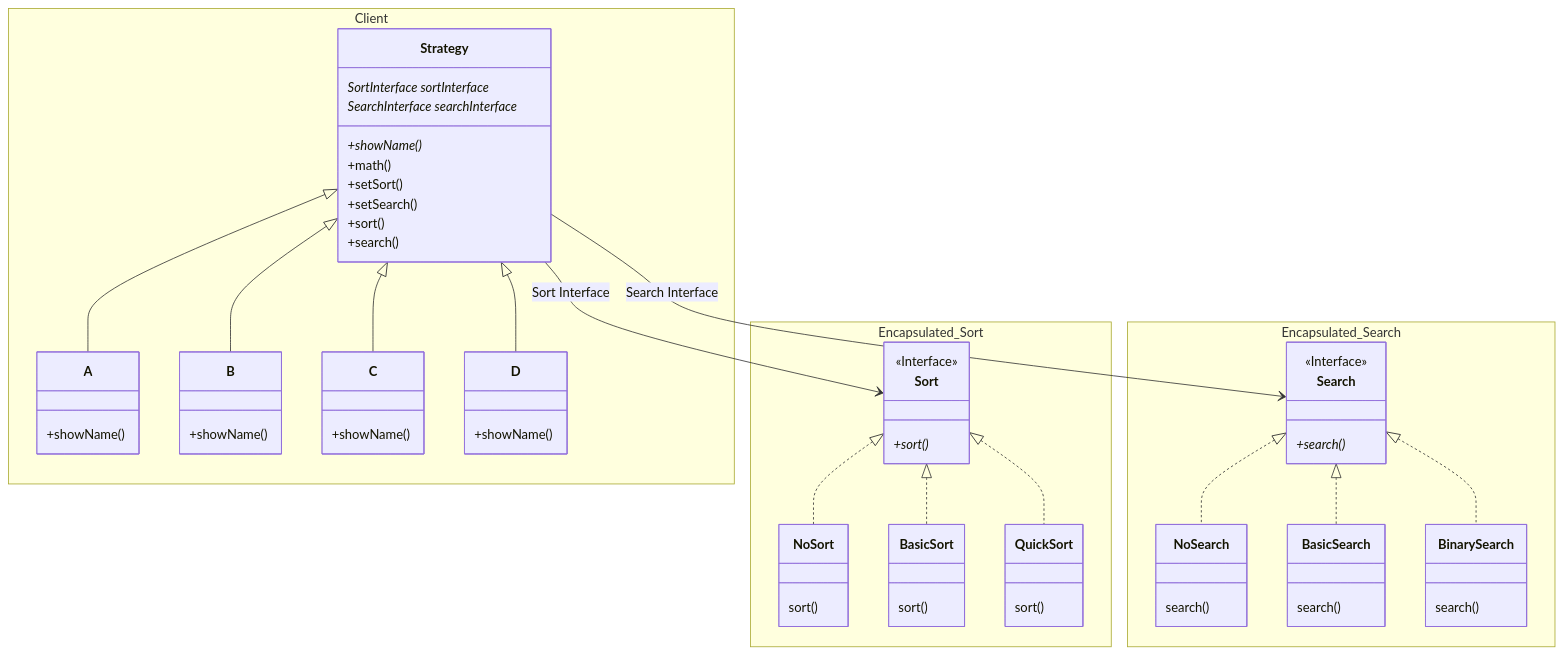
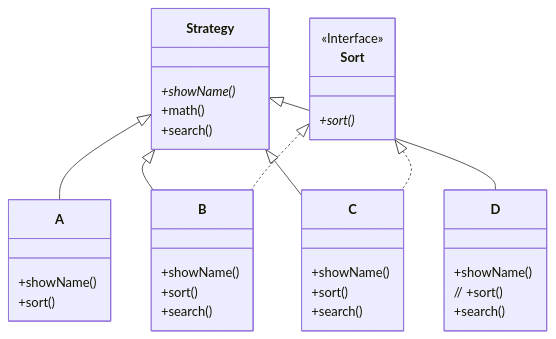
The diagram in classdiagram.md (bloodstrawberry2/new_repo), drawn with Mermaid before and after one commit.

````diff
--- a/classdiagram.md
+++ b/classdiagram.md
@@ -1,77 +1,41 @@
 ```mermaid
   classDiagram    
-    namespace Client {
-      class Strategy { 
-        SortInterface sortInterface*
-        SearchInterface searchInterface*
-        +showName()*
-        +math()
-        +setSort()
-        +setSearch()
-        +sort()
-        +search()
-      }
-      class A { 
-        +showName()
-      }
-      class B { 
-        +showName()
-      }
-      class C { 
-        +showName()
-      }
-      class D { 
-        +showName()
-      }
+    class Strategy { 
+      +showName()*
+      +math()
+      +search()
     }
-    namespace Encapsulated_Sort {
-      class Sort {
-        +sort()*
-      }
-      class NoSort {
-        sort()
-      }
-      class BasicSort {
-        sort()
-      }
-      class Quick Sort {
-        sort()
-      }
+    class A { 
+      +showName()
+      +sort()
     }
-    namespace Encapsulated_Search {
-      class Search {
-        +search()*
-      }
-      class NoSearch {
-        search()
-      }
-      class BasicSearch {
-        search()
-      }
-      class BinarySearch {
-        search()
-      }
+    class B { 
+      +showName()
+      +sort()
+      +search()
+    }
+    class C { 
+      +showName()
+      +sort()
+      +search()
+    }
+    class D { 
+      +showName()
+      // +sort()
+      +search()
     }
     
-
+    class Sort {
+      +sort()*
+    }
 
     <<Interface>> Sort
-    <<Interface>> Search
-    
+
     Strategy <|-- A
     Strategy <|-- B    
     Strategy <|-- C
     Strategy <|-- D    
     
-    Strategy --> Sort :  Sort Interface 
-    Strategy --> Search : Search Interface 
-
-    Sort <|.. NoSort 
-    Sort <|.. BasicSort 
-    Sort <|.. QuickSort
-
-    Search <|.. NoSearch 
-    Search <|.. BasicSearch 
-    Search <|.. BinarySearch
-    
+    Sort <|.. B    
+    Sort <|.. C
 ```
````
